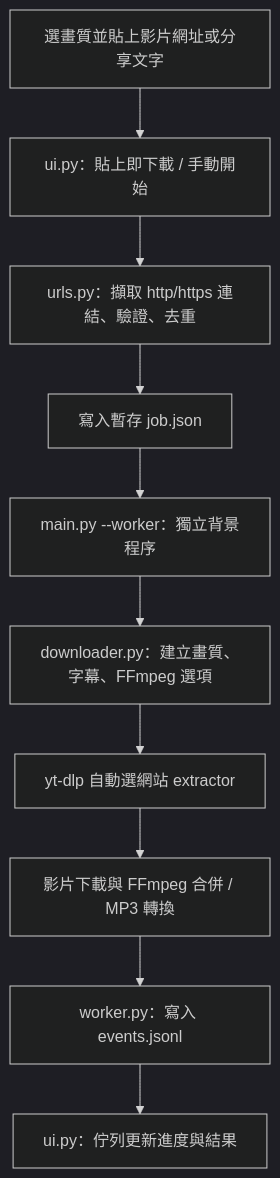
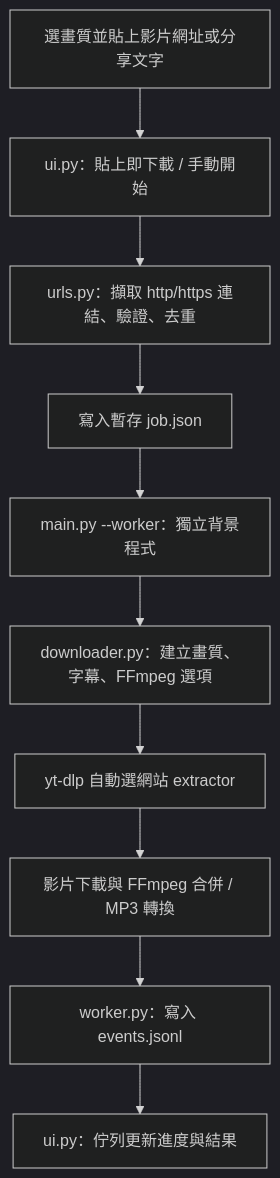
One commit to johnson68878-ops/neon-video-downloader changed the diagram in ARCHITECTURE.md. Above: the diagram before and after it, drawn with Mermaid (dark theme). The commit also changed other lines of this file and 23 other files, not shown here.

````diff
--- a/ARCHITECTURE.md
+++ b/ARCHITECTURE.md
@@ -42,12 +50,12 @@
 ```mermaid
 flowchart TD
     A[選畫質並貼上影片網址或分享文字] --> B[ui.py：貼上即下載 / 手動開始]
     B --> C[urls.py：擷取 http/https 連結、驗證、去重]
     C --> D[寫入暫存 job.json]
-    D --> E[main.py --worker：獨立背景程序]
+    D --> E[main.py --worker：獨立背景程式]
     E --> F[downloader.py：建立畫質、字幕、FFmpeg 選項]
     F --> G[yt-dlp 自動選網站 extractor]
     G --> H[影片下載與 FFmpeg 合併 / MP3 轉換]
     H --> I[worker.py：寫入 events.jsonl]
     I --> J[ui.py：佇列更新進度與結果]
 ```
````
